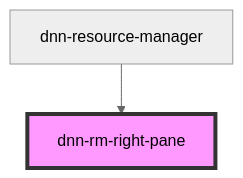
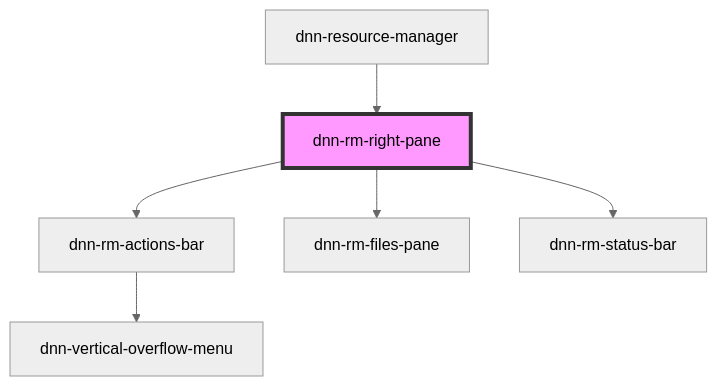
One commit to dnnsoftware/Dnn.Platform changed the diagram in DNN Platform/Modules/ResourceManager/ResourceManager.Web/src/components/dnn-rm-right-pane/readme.md. Above: the diagram before and after it, drawn with Mermaid (neutral theme). The commit also changed other lines of this file and 23 other files, not shown here.

````diff
--- a/DNN Platform/Modules/ResourceManager/ResourceManager.Web/src/components/dnn-rm-right-pane/readme.md
+++ b/DNN Platform/Modules/ResourceManager/ResourceManager.Web/src/components/dnn-rm-right-pane/readme.md
@@ -15,5 +21,9 @@
 ```mermaid
 graph TD;
+  dnn-rm-right-pane --> dnn-rm-actions-bar
+  dnn-rm-right-pane --> dnn-rm-files-pane
+  dnn-rm-right-pane --> dnn-rm-status-bar
+  dnn-rm-actions-bar --> dnn-vertical-overflow-menu
   dnn-resource-manager --> dnn-rm-right-pane
   style dnn-rm-right-pane fill:#f9f,stroke:#333,stroke-width:4px
 ```
````
